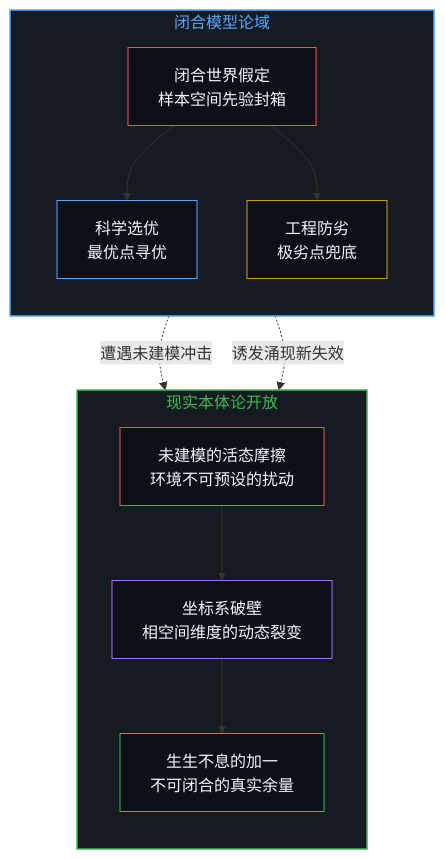
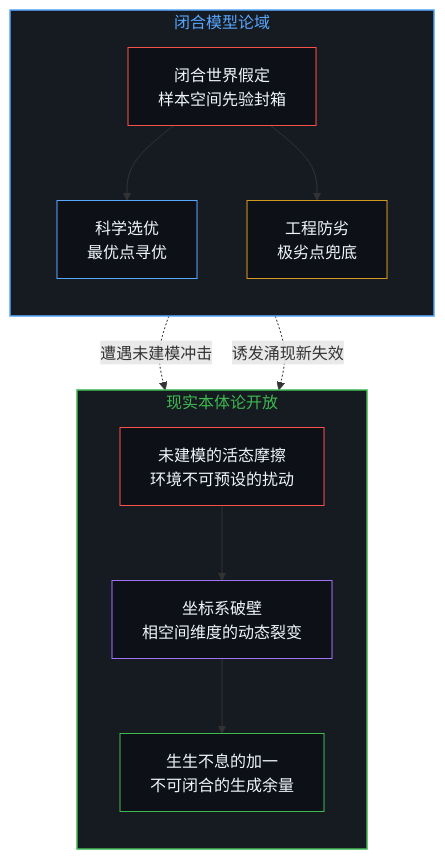
The first of 4 diagrams in content/posts/the-closed-n-and-the-open-reality.md (powerpig99/not-a-toe), drawn with Mermaid before and after one commit. The commit also changed other lines of this file and 5 other files, not shown here.

````diff
--- a/content/posts/the-closed-n-and-the-open-reality.md
+++ b/content/posts/the-closed-n-and-the-open-reality.md
@@ -17,32 +17,29 @@
 ```mermaid
 flowchart TD
     subgraph S_CLOSED[" 闭合模型论域 "]
         direction TB
         SCI["科学选优<br/>最优点寻优"]
         ENG["工程防劣<br/>极劣点兜底"]
         ASSUMP["闭合世界假定<br/>样本空间先验封箱"]
     end
-    
     subgraph S_REALITY[" 现实本体论开放 "]
         direction TB
         FRICTION["未建模的活态摩擦<br/>环境不可预设的扰动"]
         RUPTURE["坐标系破壁<br/>相空间维度的动态裂变"]
-        INFINITY["生生不息的加一<br/>不可闭合的真实余量"]
+        INFINITY["生生不息的加一<br/>不可闭合的生成余量"]
     end
-
     ASSUMP --> SCI
     ASSUMP --> ENG
     SCI -.->|遭遇未建模冲击| FRICTION
     ENG -.->|诱发涌现新失效| FRICTION
     FRICTION --> RUPTURE
     RUPTURE --> INFINITY
-
     style S_CLOSED fill:#161b22,stroke:#58a6ff,stroke-width:1.5px,color:#58a6ff
     style S_REALITY fill:#161b22,stroke:#3fb950,stroke-width:1.5px,color:#3fb950
     style SCI fill:#0d1117,stroke:#58a6ff,stroke-width:1px,color:#f0f6fc
     style ENG fill:#0d1117,stroke:#d29922,stroke-width:1px,color:#f0f6fc
     style ASSUMP fill:#0d1117,stroke:#f85149,stroke-width:1px,color:#f0f6fc
     style FRICTION fill:#0d1117,stroke:#f85149,stroke-width:1px,color:#f0f6fc
     style RUPTURE fill:#0d1117,stroke:#a371f7,stroke-width:1px,color:#f0f6fc
     style INFINITY fill:#0d1117,stroke:#3fb950,stroke-width:1px,color:#f0f6fc
 ```
````
